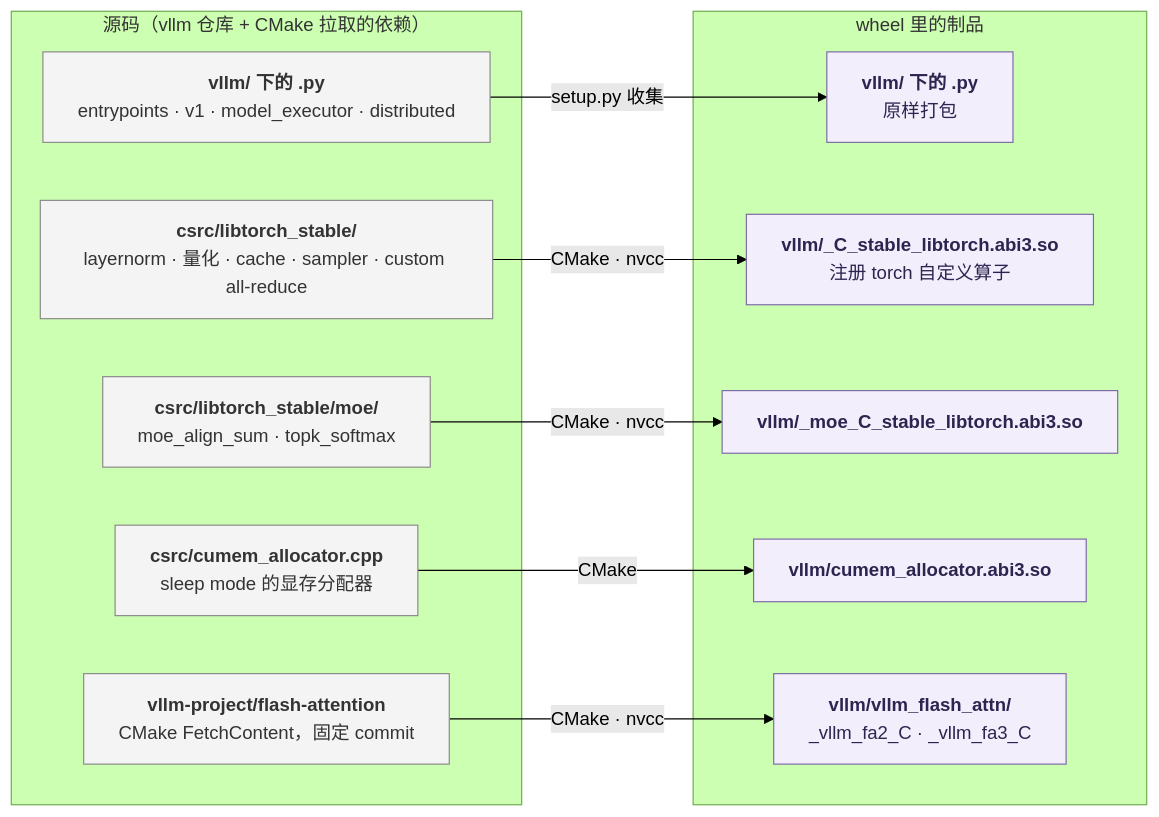
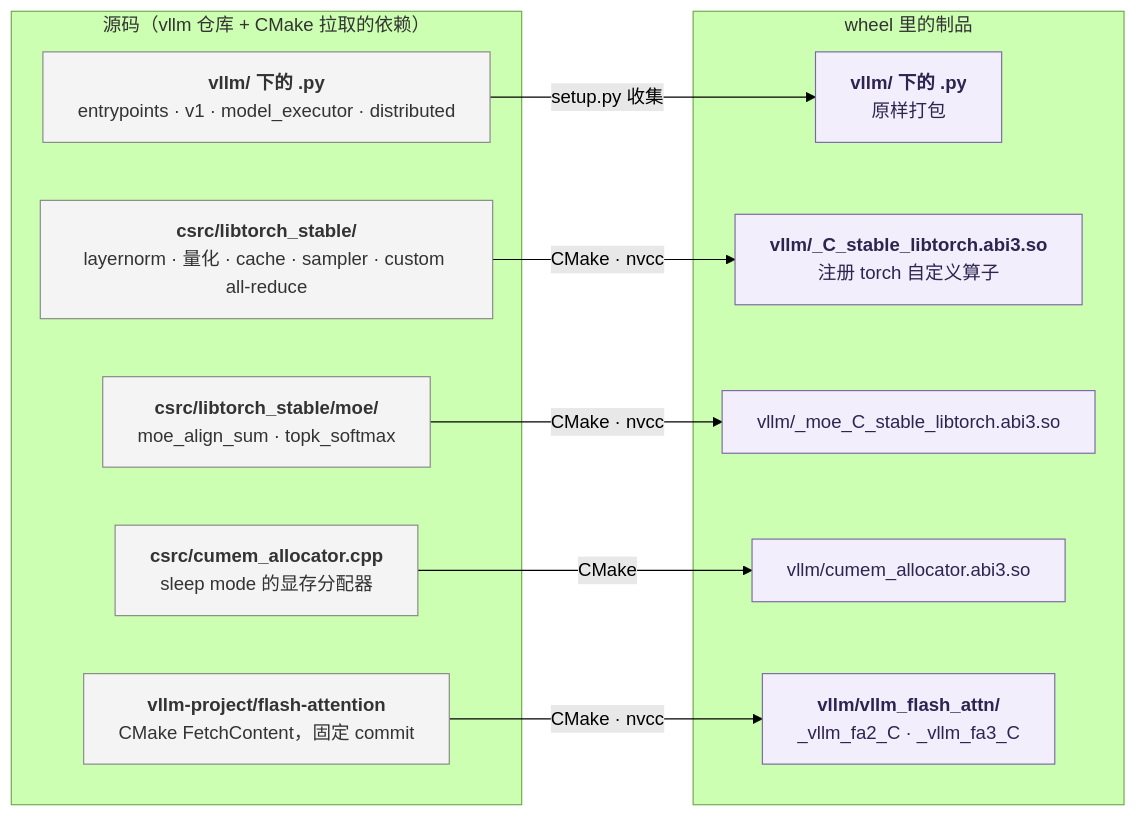
Before and after one commit to arganzheng/arganzheng.github.com: the fifth of 11 diagrams in _posts/2026-08-14-vllm-request-lifecycle-overview.md, drawn with Mermaid (forest theme). The commit also changed other lines of this file and 3 other files, not shown here.

First line of the commit message:
为什么 LLM Serving 难（01）：请求流程图与 Prefill/Decode 数据流图改为 Mermaid，时间线箭头接上方框；幻灯片同步

````diff
--- a/_posts/2026-08-14-vllm-request-lifecycle-overview.md
+++ b/_posts/2026-08-14-vllm-request-lifecycle-overview.md
@@ -368,28 +454,28 @@
 ```mermaid
 %%{init: {"flowchart": {"wrappingWidth": 330}}}%%
 %% 图：vLLM v0.27.1（CUDA）的源码与 wheel 制品：Python 源码原样打包，csrc 与 FlashAttention 经 CMake 编译成扩展模块
 flowchart LR
     subgraph SRC["源码（vllm 仓库 + CMake 拉取的依赖）"]
         PY["<b>vllm/ 下的 .py</b><br/>entrypoints · v1 · model_executor · distributed"]
         CS["<b>csrc/libtorch_stable/</b><br/>layernorm · 量化 · cache · sampler · custom all-reduce"]
         CM["<b>csrc/libtorch_stable/moe/</b><br/>moe_align_sum · topk_softmax"]
         CA["<b>csrc/cumem_allocator.cpp</b><br/>sleep mode 的显存分配器"]
         FA["<b>vllm-project/flash-attention</b><br/>CMake FetchContent，固定 commit"]
     end
     subgraph WHL["wheel 里的制品"]
         W1["<b>vllm/ 下的 .py</b><br/>原样打包"]
         W2["<b>vllm/_C_stable_libtorch.abi3.so</b><br/>注册 torch 自定义算子"]
-        W3["<b>vllm/_moe_C_stable_libtorch.abi3.so</b>"]
-        W4["<b>vllm/cumem_allocator.abi3.so</b>"]
+        W3["vllm/_moe_C_stable_libtorch.abi3.so"]
+        W4["vllm/cumem_allocator.abi3.so"]
         W5["<b>vllm/vllm_flash_attn/</b><br/>_vllm_fa2_C · _vllm_fa3_C"]
     end
     PY -->|"setup.py 收集"| W1
     CS -->|"CMake · nvcc"| W2
     CM -->|"CMake · nvcc"| W3
     CA -->|"CMake"| W4
     FA -->|"CMake · nvcc"| W5
     classDef src fill:#f4f4f4,stroke:#888,color:#333
     classDef art fill:#f2eefb,stroke:#7a68a6,color:#2e2450
     class PY,CS,CM,CA,FA src
     class W1,W2,W3,W4,W5 art
 ```
````
